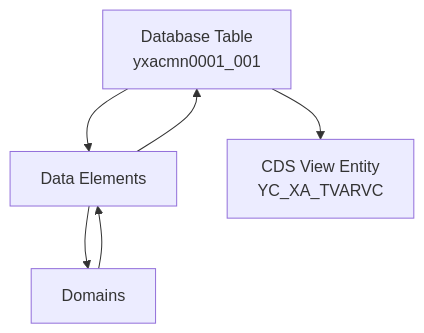
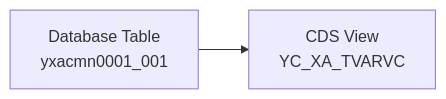
Before and after one commit to blackif/demo: the diagram in sap/abap/Classical/demo2/readme.md, drawn with Mermaid. The commit also changed other lines of this file, not shown here.

Commit message:
simplify demo2 README flow and domain table

````diff
--- a/sap/abap/Classical/demo2/readme.md
+++ b/sap/abap/Classical/demo2/readme.md
@@ -49,8 +49,4 @@
 ```mermaid
-flowchart TD
-    A[Database Table<br/>yxacmn0001_001] --> B[Data Elements]
-    B --> C[Domains]
-    C --> B
-    B --> A
-    A --> D[CDS View Entity<br/>YC_XA_TVARVC]
+flowchart LR
+    A[Database Table<br/>yxacmn0001_001] --> B[CDS View<br/>YC_XA_TVARVC]
 ```
````
